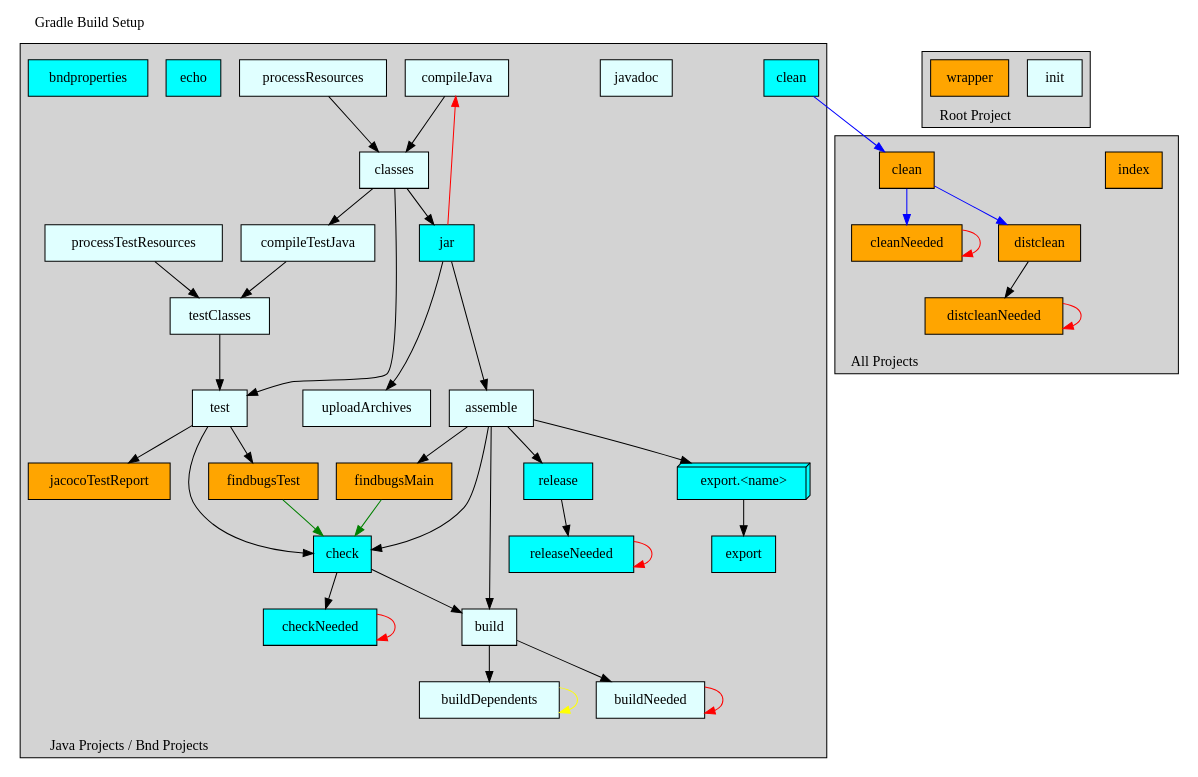
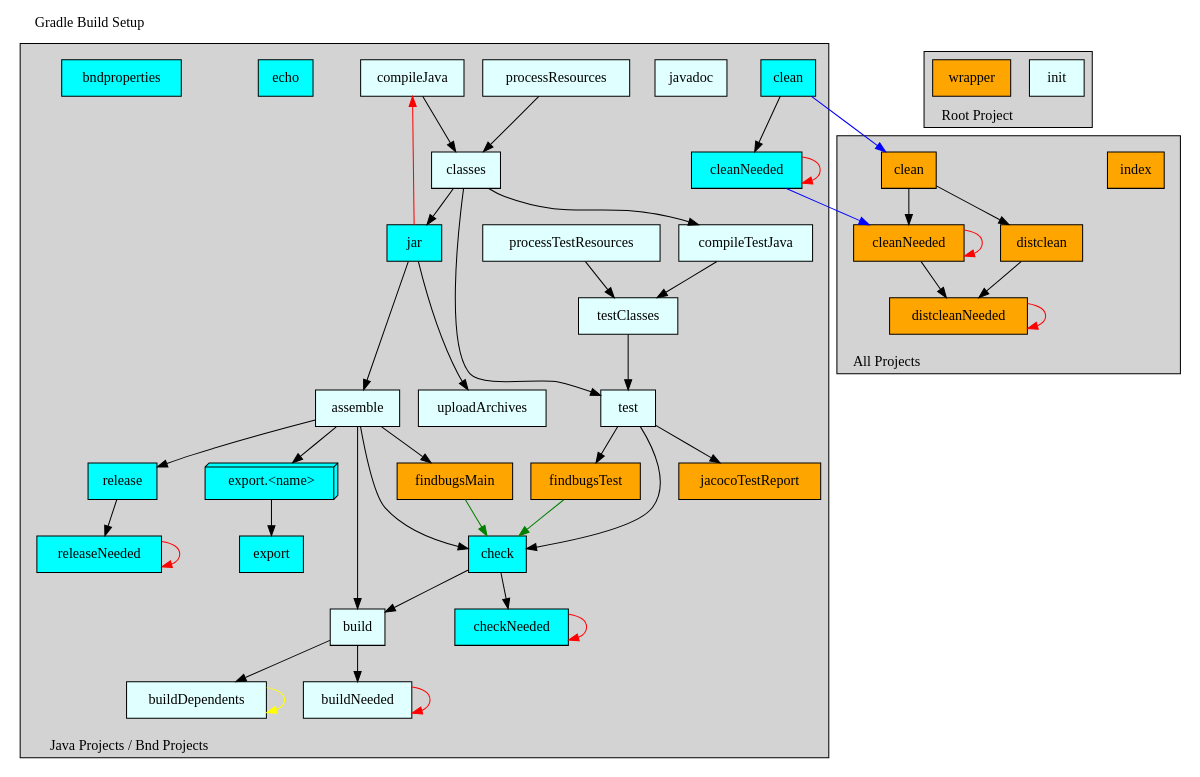
The diagram in cnf/gradle/doc/template.dot (peterkir/musicTreePrograms), drawn with Graphviz before and after one commit. The commit also changed 45 other files, not shown here.

```diff
--- a/cnf/gradle/doc/template.dot
+++ b/cnf/gradle/doc/template.dot
@@ -1,185 +1,190 @@
 /*
  * WARNING
  *
  * This file is maintained automatically by Bndtools.
  * You should not edit it.
  *
  * See the BUILDING-GRADLE.md document in the root project for more details.
  *
  * To create an SVG diagram from this file, install graphviz and run:
  *   dot -Tsvg "$1.dot" -o "$1.svg"   (on a Linux   machine)
  *   dot -Tsvg "%1.dot" -o "%1.svg"   (on a Windows machine)
  */
 
 
 digraph GradleSetup {
   label="Gradle Build Setup"
   labelloc=t
   labeljust=l
 
   subgraph cluster1 {
     label="Java Projects / Bnd Projects";
     labelloc=b
     labeljust=l
     style=filled;
     fillcolor=lightgrey;
     color=black;
 
     subgraph cluster101 {
       label="";
       style=invis;
       compileJava          [shape=box, style=filled, fillcolor=lightcyan, label="compileJava"         ]
       processResources     [shape=box, style=filled, fillcolor=lightcyan, label="processResources"    ]
       classes              [shape=box, style=filled, fillcolor=lightcyan, label="classes"             ]
     }
 
     subgraph cluster102 {
       label="";
       style=invis;
       jar                  [shape=box, style=filled, fillcolor=cyan     , label="jar"                 ]
     }
 
     subgraph cluster103 {
       label="";
       style=invis;
       compileTestJava      [shape=box, style=filled, fillcolor=lightcyan, label="compileTestJava"     ]
       processTestResources [shape=box, style=filled, fillcolor=lightcyan, label="processTestResources"]
       testClasses          [shape=box, style=filled, fillcolor=lightcyan, label="testClasses"         ]
     }
 
     subgraph cluster104 {
       label="";
       style=invis;
       test                 [shape=box, style=filled, fillcolor=lightcyan, label="test"                ]
     }
 
     subgraph cluster105 {
       label="";
       style=invis;
       uploadArchives       [shape=box, style=filled, fillcolor=lightcyan, label="uploadArchives"      ]
       assemble             [shape=box, style=filled, fillcolor=lightcyan, label="assemble"            ]
     }
 
     subgraph cluster106 {
       label="";
       style=invis;
       check                [shape=box, style=filled, fillcolor=cyan     , label="check"               ]
       checkNeeded          [shape=box, style=filled, fillcolor=cyan     , label="checkNeeded"         ]
     }
 
     subgraph cluster107 {
       label="";
       style=invis;
       release              [shape=box, style=filled, fillcolor=cyan     , label="release"             ]
       releaseNeeded        [shape=box, style=filled, fillcolor=cyan     , label="releaseNeeded"       ]
     }
 
     subgraph cluster108 {
       label="";
       style=invis;
       exportX              [shape=box3d, style=filled, fillcolor=cyan   , label="export.<name>"       ]
       export               [shape=box  , style=filled, fillcolor=cyan   , label="export"              ]
     }
 
     subgraph cluster109 {
       label="";
       style=invis;
       build                [shape=box, style=filled, fillcolor=lightcyan, label="build"               ]
       buildDependents      [shape=box, style=filled, fillcolor=lightcyan, label="buildDependents"     ]
       buildNeeded          [shape=box, style=filled, fillcolor=lightcyan, label="buildNeeded"         ]
     }
 
     subgraph cluster110 {
       label="";
       style=invis;
       findbugsMain         [shape=box, style=filled, fillcolor=orange   , label="findbugsMain"        ]
       findbugsTest         [shape=box, style=filled, fillcolor=orange   , label="findbugsTest"        ]
     }
 
     javadoc                [shape=box, style=filled, fillcolor=lightcyan, label="javadoc"             ]
 
     clean                  [shape=box, style=filled, fillcolor=cyan     , label="clean"               ]
+    cleanNeeded            [shape=box, style=filled, fillcolor=cyan     , label="cleanNeeded"         ]
     echo                   [shape=box, style=filled, fillcolor=cyan     , label="echo"                ]
     bndproperties          [shape=box, style=filled, fillcolor=cyan     , label="bndproperties"       ]
     jacocoTestReport       [shape=box, style=filled, fillcolor=orange   , label="jacocoTestReport"    ]
 
     compileJava            -> classes
     processResources       -> classes
     classes                -> compileTestJava
     classes                -> jar
     classes                -> test
     compileTestJava        -> testClasses
     processTestResources   -> testClasses
     jar                    -> uploadArchives
     jar                    -> assemble
     testClasses            -> test
     assemble               -> build
     assemble               -> check
     test                   -> check
     check                  -> checkNeeded
     checkNeeded            -> checkNeeded        [color=red   ]
     check                  -> build
     build                  -> buildDependents
     buildDependents        -> buildDependents    [color=yellow]
     build                  -> buildNeeded
     buildNeeded            -> buildNeeded        [color=red   ]
 
     jar                    -> compileJava        [color=red   ]
     assemble               -> release
     assemble               -> exportX
     exportX                -> export
     release                -> releaseNeeded
     releaseNeeded          -> releaseNeeded      [color=red   ]
+    clean                  -> cleanNeeded
+    cleanNeeded            -> cleanNeeded        [color=red   ]
 
     assemble               -> findbugsMain
     test                   -> findbugsTest
     findbugsMain           -> check              [color=green ]
     findbugsTest           -> check              [color=green ]
     test                   -> jacocoTestReport
   }
 
 
   subgraph cluster2 {
+    label="All Projects";
+    labelloc=b
+    labeljust=l
+    style=filled;
+    fillcolor=lightgrey;
+    color=black;
+
+    subgraph cluster201 {
+      label="";
+      style=invis;
+      index                [shape=box, style=filled, fillcolor=orange   , label="index"               ]
+    }
+
+    subgraph cluster202 {
+      label="";
+      style=invis;
+      cleanAll             [shape=box, style=filled, fillcolor=orange   , label="clean"               ]
+      cleanAllNeeded       [shape=box, style=filled, fillcolor=orange   , label="cleanNeeded"         ]
+      distclean            [shape=box, style=filled, fillcolor=orange   , label="distclean"           ]
+      distcleanNeeded      [shape=box, style=filled, fillcolor=orange   , label="distcleanNeeded"     ]
+    }
+
+    clean                  -> cleanAll           [color=blue  ]
+    cleanNeeded            -> cleanAllNeeded     [color=blue  ]
+    cleanAll               -> cleanAllNeeded
+    cleanAll               -> distclean
+    cleanAllNeeded         -> cleanAllNeeded     [color=red   ]
+    cleanAllNeeded         -> distcleanNeeded
+    distclean              -> distcleanNeeded
+    distcleanNeeded        -> distcleanNeeded    [color=red   ]
+  }
+
+
+  subgraph cluster3 {
     label="Root Project";
     labelloc=b
     labeljust=l
     style=filled;
     fillcolor=lightgrey;
     color=black;
 
     init                   [shape=box, style=filled, fillcolor=lightcyan, label="init"                ]
     wrapper                [shape=box, style=filled, fillcolor=orange   , label="wrapper"             ]
   }
-
-
-  subgraph cluster3 {
-    label="All Projects";
-    labelloc=b
-    labeljust=l
-    style=filled;
-    fillcolor=lightgrey;
-    color=black;
-
-    subgraph cluster301 {
-      label="";
-      style=invis;
-      index                [shape=box, style=filled, fillcolor=orange   , label="index"               ]
-    }
-
-    subgraph cluster302 {
-      label="";
-      style=invis;
-      cleanAll             [shape=box, style=filled, fillcolor=orange   , label="clean"               ]
-      cleanAllNeeded       [shape=box, style=filled, fillcolor=orange   , label="cleanNeeded"         ]
-      distclean            [shape=box, style=filled, fillcolor=orange   , label="distclean"           ]
-      distcleanNeeded      [shape=box, style=filled, fillcolor=orange   , label="distcleanNeeded"     ]
-    }
-
-    clean                  -> cleanAll           [color=blue  ]
-    cleanAll               -> cleanAllNeeded     [color=blue  ]
-    cleanAllNeeded         -> cleanAllNeeded     [color=red   ]
-    cleanAll               -> distclean          [color=blue  ]
-    distclean              -> distcleanNeeded
-    distcleanNeeded        -> distcleanNeeded    [color=red   ]
-  }
 }
```
